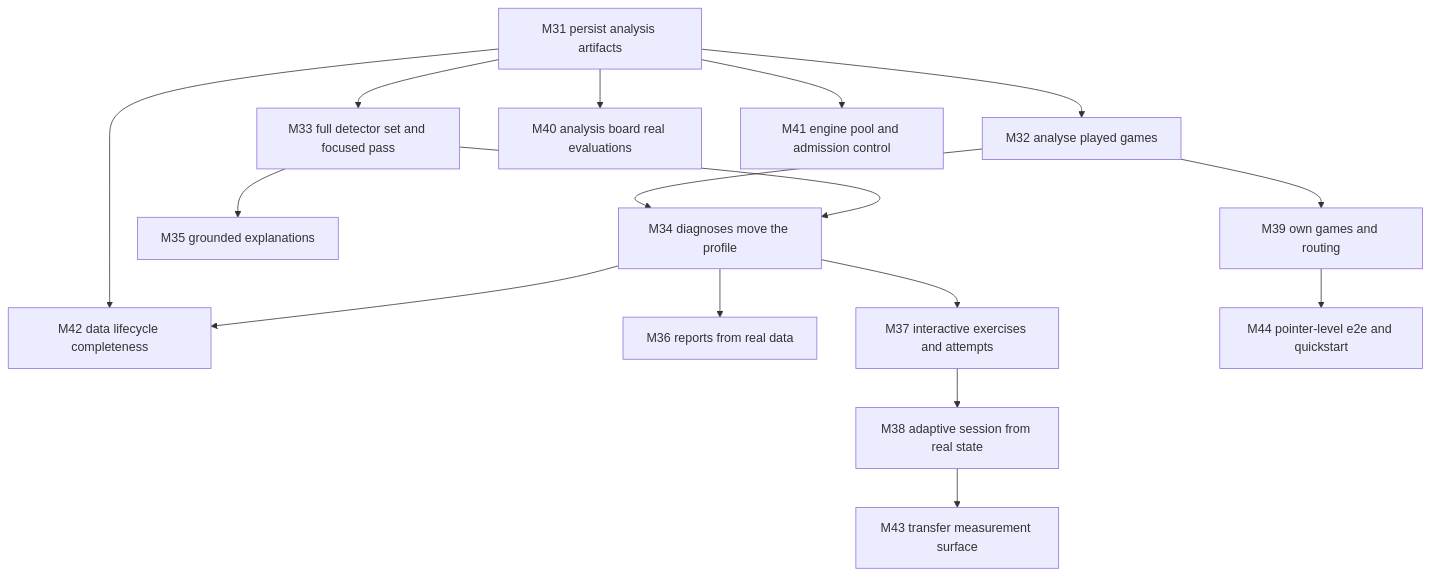
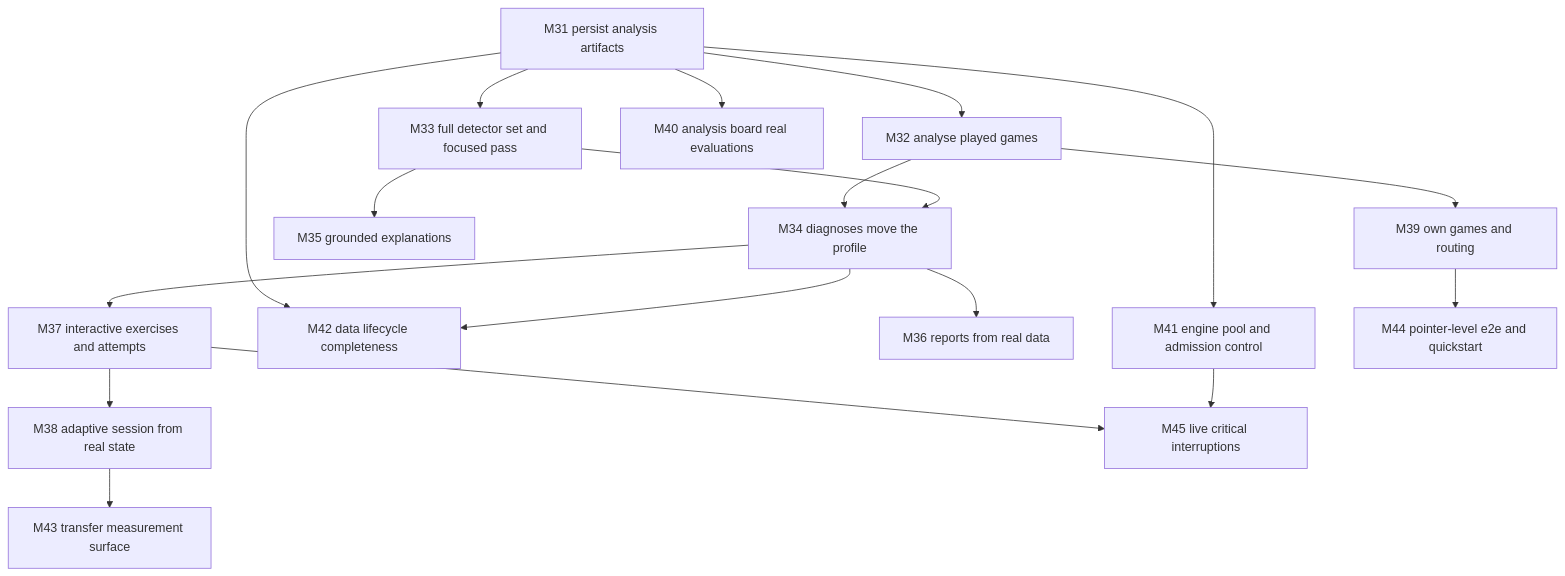
One commit to Mathews-Tom/Scan64 changed the diagram in .docs/DEVELOPMENT_PLAN.md. Above: the diagram before and after it, drawn with Mermaid. The commit also changed other lines of this file and 2 other files, not shown here.

Commit message:
docs(plan): reconcile M37 critical interruption contract (#181)

````diff
--- a/.docs/DEVELOPMENT_PLAN.md
+++ b/.docs/DEVELOPMENT_PLAN.md
@@ -47,18 +47,20 @@
 ```mermaid
 graph TD
   M31[M31 persist analysis artifacts] --> M32[M32 analyse played games]
   M31 --> M33[M33 full detector set and focused pass]
   M31 --> M40[M40 analysis board real evaluations]
   M31 --> M41[M41 engine pool and admission control]
   M31 --> M42[M42 data lifecycle completeness]
   M34 --> M42
   M32 --> M34[M34 diagnoses move the profile]
   M33 --> M34
   M33 --> M35[M35 grounded explanations]
   M32 --> M39[M39 own games and routing]
   M34 --> M36[M36 reports from real data]
   M34 --> M37[M37 interactive exercises and attempts]
   M37 --> M38[M38 adaptive session from real state]
   M38 --> M43[M43 transfer measurement surface]
   M39 --> M44[M44 pointer-level e2e and quickstart]
+  M37 --> M45[ M45 live critical interruptions]
+  M41 --> M45
 ```
````
